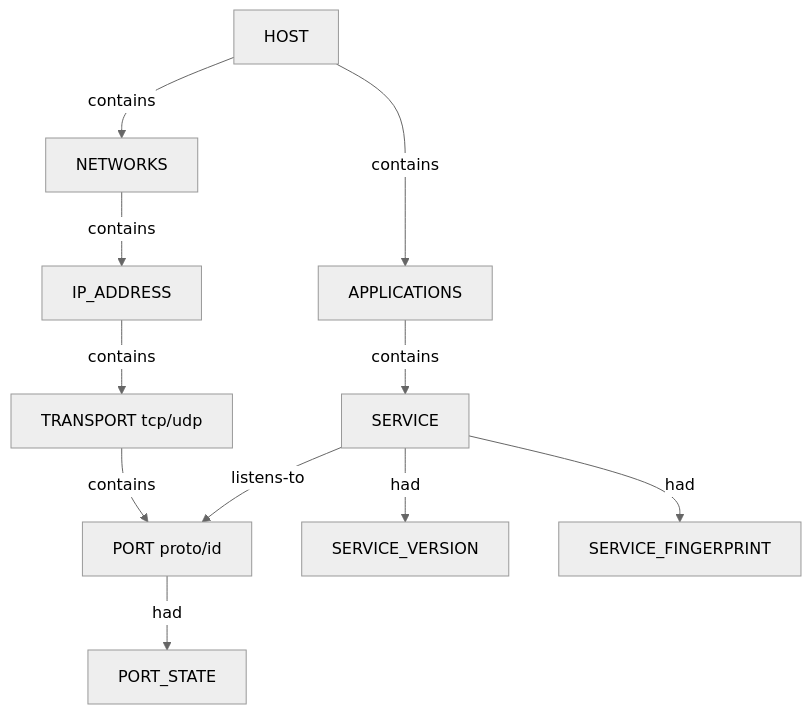
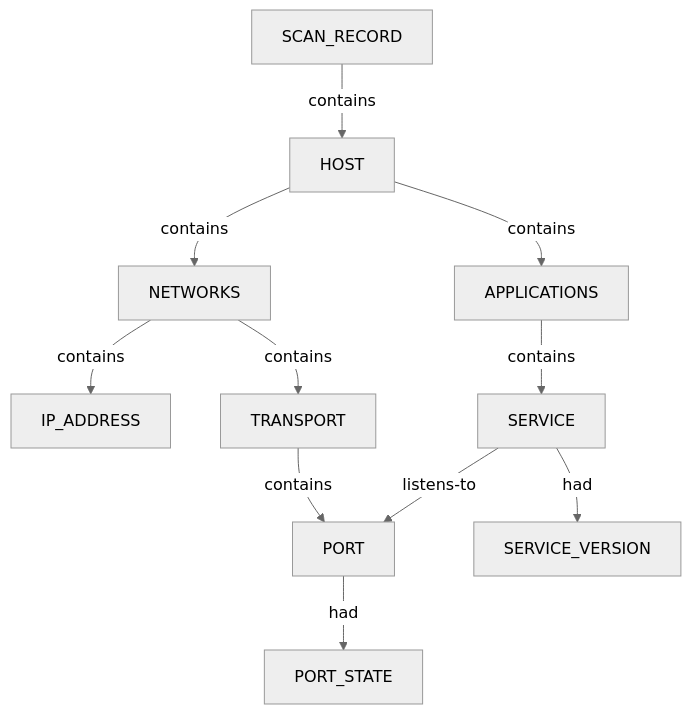
One commit to brettforbes/spiderfeet changed the third of 6 diagrams in .docs/docs-for-cli-tools/nugget_structure/nmap_nugget_graph_structure.md. Above: the diagram before and after it, drawn with Mermaid (neutral theme). The commit also changed other lines of this file and 56 other files, not shown here.

````diff
--- a/.docs/docs-for-cli-tools/nugget_structure/nmap_nugget_graph_structure.md
+++ b/.docs/docs-for-cli-tools/nugget_structure/nmap_nugget_graph_structure.md
@@ -40,23 +52,23 @@
 ```mermaid
 flowchart TD
-  host["HOST"]
-  apps["APPLICATIONS"]
-  nets["NETWORKS"]
-  ip["IP_ADDRESS"]
-  transport["TRANSPORT tcp/udp"]
-  port["PORT proto/id"]
-  state["PORT_STATE"]
-  svc["SERVICE"]
-  ver["SERVICE_VERSION"]
-  fp["SERVICE_FINGERPRINT"]
-  host -->|contains| apps
-  host -->|contains| nets
-  nets -->|contains| ip
-  ip -->|contains| transport
-  transport -->|contains| port
-  port -->|had| state
-  apps -->|contains| svc
-  svc -->|listens-to| port
-  svc -->|had| ver
-  svc -->|had| fp
+  scan_record_1["SCAN_RECORD"]
+  host_2["HOST"]
+  networks_3["NETWORKS"]
+  ip_address_4["IP_ADDRESS"]
+  transport_5["TRANSPORT"]
+  port_6["PORT"]
+  port_state_7["PORT_STATE"]
+  applications_8["APPLICATIONS"]
+  service_9["SERVICE"]
+  service_version_10["SERVICE_VERSION"]
+  scan_record_1 -->|contains| host_2
+  host_2 -->|contains| networks_3
+  networks_3 -->|contains| ip_address_4
+  networks_3 -->|contains| transport_5
+  transport_5 -->|contains| port_6
+  port_6 -->|had| port_state_7
+  host_2 -->|contains| applications_8
+  applications_8 -->|contains| service_9
+  service_9 -->|listens-to| port_6
+  service_9 -->|had| service_version_10
 ```
````
